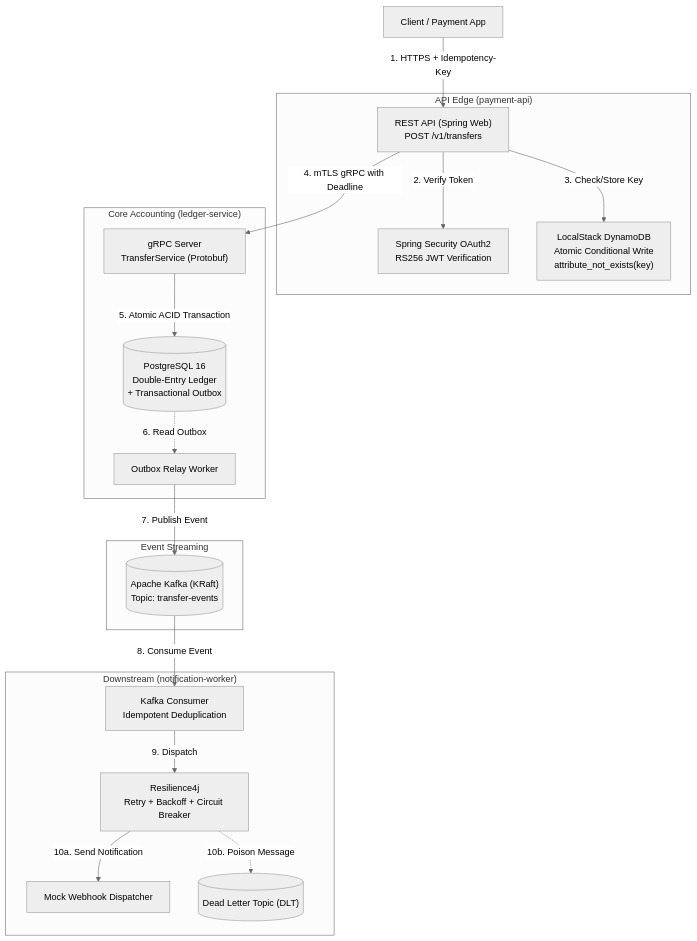
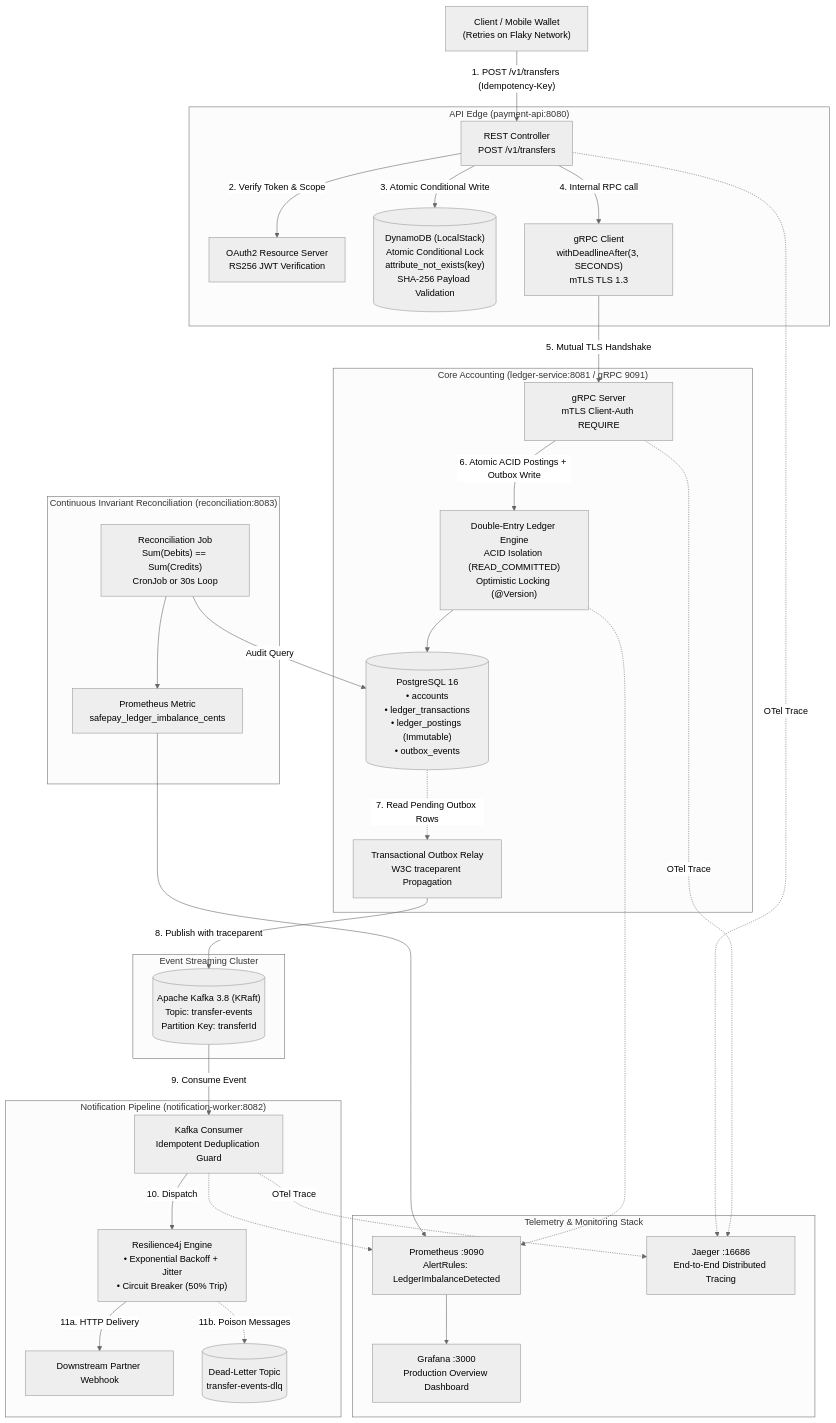
The diagram in README.md (Thuriaanandh/Safepay_ledger), drawn with Mermaid (neutral theme) before and after one commit. The commit also changed other lines of this file and 3 other files, not shown here.

````diff
--- a/README.md
+++ b/README.md
@@ -11,39 +11,64 @@
 ```mermaid
 flowchart TD
-    Client["Client / Payment App"]
+    Client["Client / Mobile Wallet<br/>(Retries on Flaky Network)"]
     
-    subgraph Edge ["API Edge (payment-api)"]
-        REST["REST API (Spring Web)<br/>POST /v1/transfers"]
-        JWTAuth["Spring Security OAuth2<br/>RS256 JWT Verification"]
-        DDB["LocalStack DynamoDB<br/>Atomic Conditional Write<br/>attribute_not_exists(key)"]
+    subgraph Edge ["API Edge (payment-api:8080)"]
+        REST["REST Controller<br/>POST /v1/transfers"]
+        JWTAuth["OAuth2 Resource Server<br/>RS256 JWT Verification"]
+        DDB[("DynamoDB (LocalStack)<br/>Atomic Conditional Lock<br/>attribute_not_exists(key)<br/>SHA-256 Payload Validation")]
+        ClientGrpc["gRPC Client<br/>withDeadlineAfter(3, SECONDS)<br/>mTLS TLS 1.3"]
     end
 
-    subgraph Core ["Core Accounting (ledger-service)"]
-        GRPC["gRPC Server<br/>TransferService (Protobuf)"]
-        PG[("PostgreSQL 16<br/>Double-Entry Ledger<br/>+ Transactional Outbox")]
-        Relay["Outbox Relay Worker"]
+    subgraph Core ["Core Accounting (ledger-service:8081 / gRPC 9091)"]
+        ServerGrpc["gRPC Server<br/>mTLS Client-Auth REQUIRE"]
+        Engine["Double-Entry Ledger Engine<br/>ACID Isolation (READ_COMMITTED)<br/>Optimistic Locking (@Version)"]
+        PG[("PostgreSQL 16<br/>• accounts<br/>• ledger_transactions<br/>• ledger_postings (Immutable)<br/>• outbox_events")]
+        Relay["Transactional Outbox Relay<br/>W3C traceparent Propagation"]
     end
 
-    subgraph Messaging ["Event Streaming"]
-        Kafka[("Apache Kafka (KRaft)<br/>Topic: transfer-events")]
+    subgraph Messaging ["Event Streaming Cluster"]
+        Kafka[("Apache Kafka 3.8 (KRaft)<br/>Topic: transfer-events<br/>Partition Key: transferId")]
     end
 
-    subgraph Consumer ["Downstream (notification-worker)"]
-        Worker["Kafka Consumer<br/>Idempotent Deduplication"]
-        Resilience["Resilience4j<br/>Retry + Backoff + Circuit Breaker"]
-        Webhook["Mock Webhook Dispatcher"]
-        DLQ[("Dead Letter Topic (DLT)")]
+    subgraph Consumer ["Notification Pipeline (notification-worker:8082)"]
+        Worker["Kafka Consumer<br/>Idempotent Deduplication Guard"]
+        Resilience["Resilience4j Engine<br/>• Exponential Backoff + Jitter<br/>• Circuit Breaker (50% Trip)"]
+        Webhook["Downstream Partner Webhook"]
+        DLQ[("Dead-Letter Topic<br/>transfer-events-dlq")]
     end
 
-    Client -->|1. HTTPS + Idempotency-Key| REST
-    REST -->|2. Verify Token| JWTAuth
-    REST -->|3. Check/Store Key| DDB
-    REST -->|4. mTLS gRPC with Deadline| GRPC
-    GRPC -->|5. Atomic ACID Transaction| PG
-    PG -.->|6. Read Outbox| Relay
-    Relay -->|7. Publish Event| Kafka
-    Kafka -->|8. Consume Event| Worker
-    Worker -->|9. Dispatch| Resilience
-    Resilience -->|10a. Send Notification| Webhook
-    Resilience -.->|10b. Poison Message| DLQ
+    subgraph Audit ["Continuous Invariant Reconciliation (reconciliation:8083)"]
+        Recon["Reconciliation Job<br/>Sum(Debits) == Sum(Credits)<br/>CronJob or 30s Loop"]
+        PromMetric["Prometheus Metric<br/>safepay_ledger_imbalance_cents"]
+    end
+
+    subgraph Observability ["Telemetry & Monitoring Stack"]
+        Prometheus["Prometheus :9090<br/>AlertRules: LedgerImbalanceDetected"]
+        Grafana["Grafana :3000<br/>Production Overview Dashboard"]
+        Jaeger["Jaeger :16686<br/>End-to-End Distributed Tracing"]
+    end
+
+    Client -->|"1. POST /v1/transfers (Idempotency-Key)"| REST
+    REST -->|"2. Verify Token & Scope"| JWTAuth
+    REST -->|"3. Atomic Conditional Write"| DDB
+    REST -->|"4. Internal RPC call"| ClientGrpc
+    ClientGrpc -->|"5. Mutual TLS Handshake"| ServerGrpc
+    ServerGrpc -->|"6. Atomic ACID Postings + Outbox Write"| Engine
+    Engine --> PG
+    PG -.->|"7. Read Pending Outbox Rows"| Relay
+    Relay -->|"8. Publish with traceparent"| Kafka
+    Kafka -->|"9. Consume Event"| Worker
+    Worker -->|"10. Dispatch"| Resilience
+    Resilience -->|"11a. HTTP Delivery"| Webhook
+    Resilience -.->|"11b. Poison Messages"| DLQ
+
+    Recon -->|"Audit Query"| PG
+    Recon --> PromMetric
+    PromMetric --> Prometheus
+    Engine -.-> Prometheus
+    Worker -.-> Prometheus
+    Prometheus --> Grafana
+    REST -.->|"OTel Trace"| Jaeger
+    ServerGrpc -.->|"OTel Trace"| Jaeger
+    Worker -.->|"OTel Trace"| Jaeger
 ```
````
